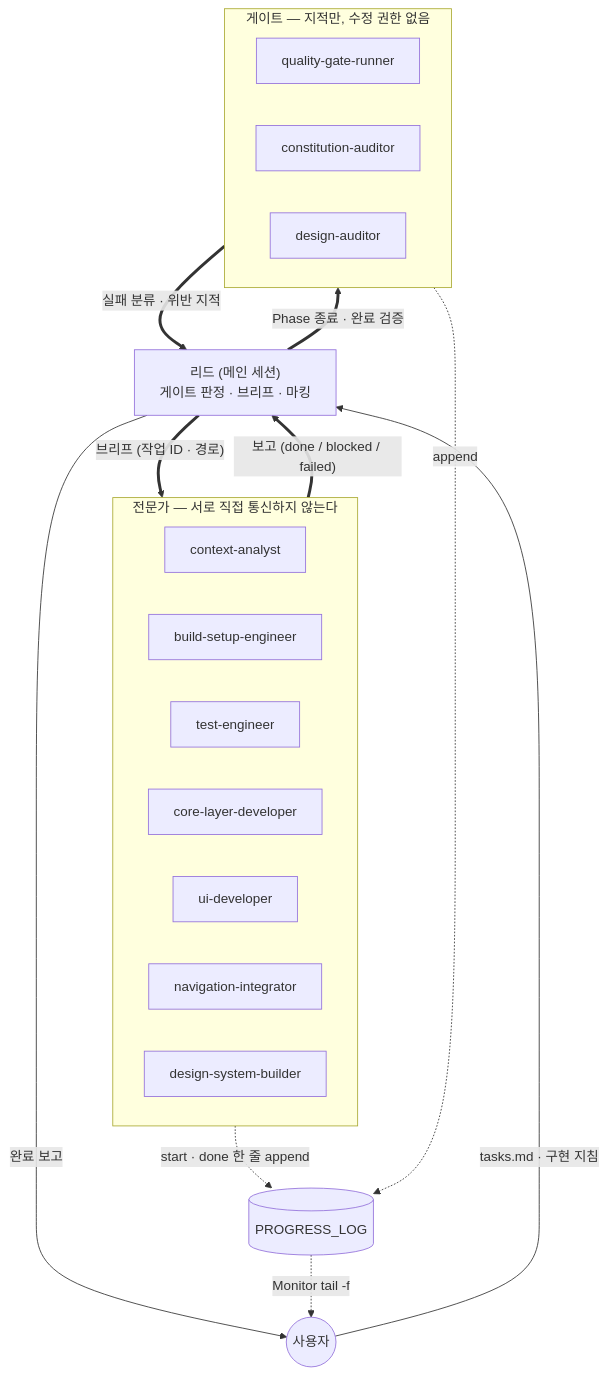
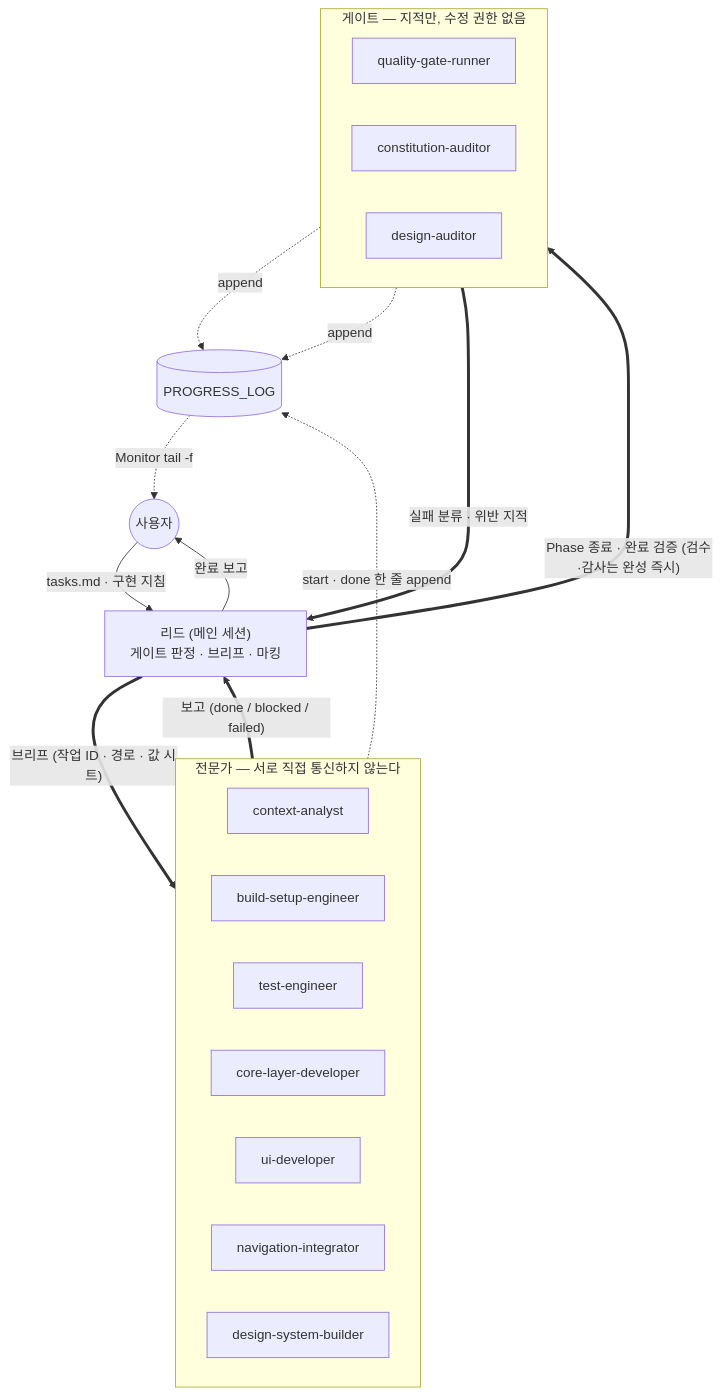
One commit to mash-up-kr/Team-MINO-Android changed the first of 2 diagrams in .claude/skills/mino-implement/SKILL.md. Above: the diagram before and after it, drawn with Mermaid. The commit also changed other lines of this file and 6 other files, not shown here.

````diff
--- a/.claude/skills/mino-implement/SKILL.md
+++ b/.claude/skills/mino-implement/SKILL.md
@@ -40,35 +40,35 @@
 ```mermaid
 flowchart TD
     user(("사용자"))
     lead["리드 (메인 세션)<br/>게이트 판정 · 브리프 · 마킹"]
 
     user -- "tasks.md · 구현 지침" --> lead
 
     subgraph W["전문가 — 서로 직접 통신하지 않는다"]
         direction LR
         analyst["context-analyst"]
         setup["build-setup-engineer"]
         test["test-engineer"]
         core["core-layer-developer"]
         ui["ui-developer"]
         nav["navigation-integrator"]
         ds["design-system-builder"]
     end
 
     subgraph G["게이트 — 지적만, 수정 권한 없음"]
         direction LR
         qg["quality-gate-runner"]
         ca["constitution-auditor"]
         da["design-auditor"]
     end
 
-    lead == "브리프 (작업 ID · 경로)" ==> W
+    lead == "브리프 (작업 ID · 경로 · 값 시트)" ==> W
     W == "보고 (done / blocked / failed)" ==> lead
-    lead == "Phase 종료 · 완료 검증" ==> G
+    lead == "Phase 종료 · 완료 검증 (검수·감사는 완성 즉시)" ==> G
     G == "실패 분류 · 위반 지적" ==> lead
     lead -- "완료 보고" --> user
 
     W -. "start · done 한 줄 append" .-> plog[("PROGRESS_LOG")]
-    G -. append .-> plog
+    qg & ca -. append .-> plog
     plog -. "Monitor tail -f" .-> user
 ```
````
